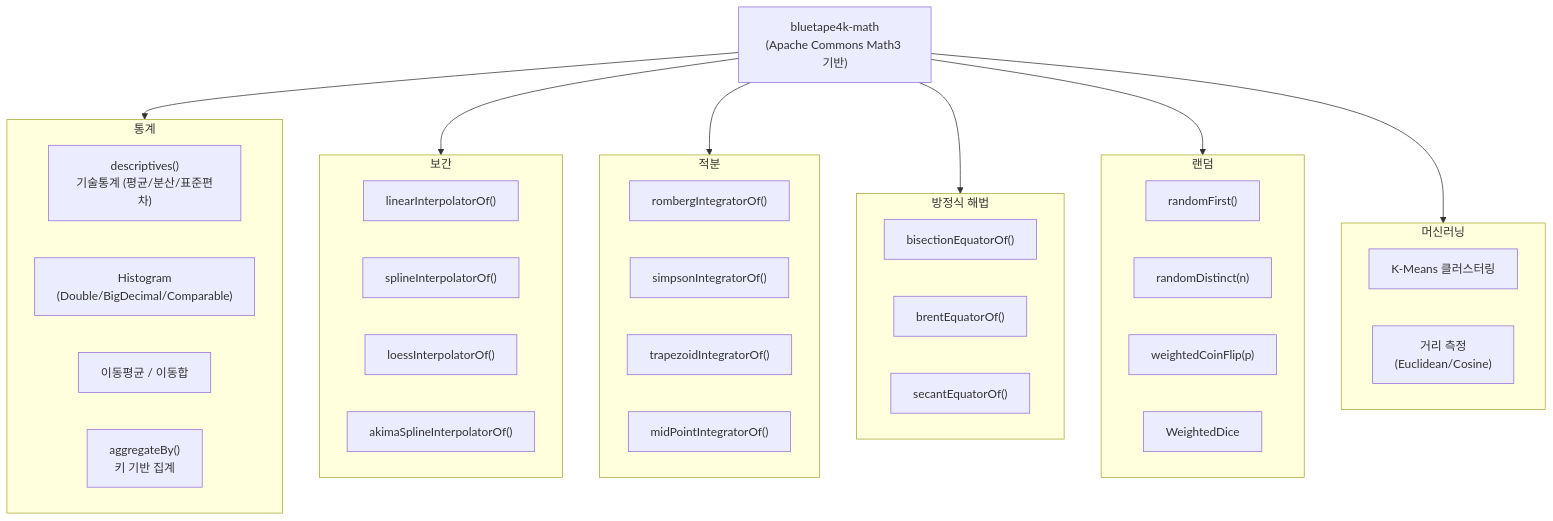
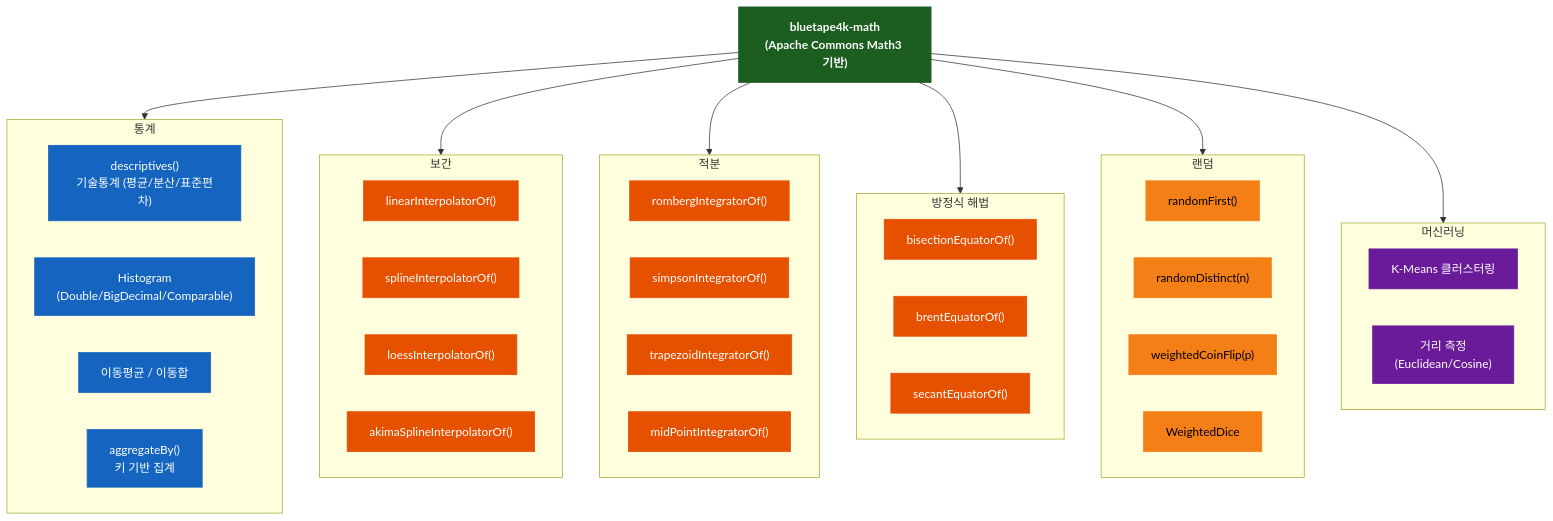
The first of 2 diagrams in utils/math/README.ko.md (bluetape4k/bluetape4k-projects), drawn with Mermaid before and after one commit. The commit also changed other lines of this file and 221 other files, not shown here.

First line of the commit message:
docs: 전체 모듈 README UML 다이어그램 보강 및 색상 업그레이드

````diff
--- a/utils/math/README.ko.md
+++ b/utils/math/README.ko.md
@@ -11,49 +11,64 @@
 ```mermaid
 flowchart TD
     subgraph 통계["통계"]
         DS["descriptives()<br/>기술통계 (평균/분산/표준편차)"]
         HG["Histogram<br/>(Double/BigDecimal/Comparable)"]
         MA["이동평균 / 이동합"]
         AG["aggregateBy()<br/>키 기반 집계"]
     end
 
     subgraph 보간["보간"]
         LIN["linearInterpolatorOf()"]
         SPL["splineInterpolatorOf()"]
         LOE["loessInterpolatorOf()"]
         AKI["akimaSplineInterpolatorOf()"]
     end
 
     subgraph 적분["적분"]
         ROM["rombergIntegratorOf()"]
         SIM["simpsonIntegratorOf()"]
         TRP["trapezoidIntegratorOf()"]
         MID["midPointIntegratorOf()"]
     end
 
     subgraph 방정식["방정식 해법"]
         BIS["bisectionEquatorOf()"]
         BRN["brentEquatorOf()"]
         SEC["secantEquatorOf()"]
     end
 
     subgraph 랜덤["랜덤"]
         RF["randomFirst()"]
         RD["randomDistinct(n)"]
         WC["weightedCoinFlip(p)"]
         WD["WeightedDice"]
     end
 
     subgraph ML["머신러닝"]
         KM["K-Means 클러스터링"]
         DM["거리 측정<br/>(Euclidean/Cosine)"]
     end
 
     MATH["bluetape4k-math<br/>(Apache Commons Math3 기반)"]
     MATH --> 통계
     MATH --> 보간
     MATH --> 적분
     MATH --> 방정식
     MATH --> 랜덤
     MATH --> ML
+
+    classDef coreStyle fill:#1B5E20,stroke:#1B5E20,color:#FFFFFF,font-weight:bold
+    classDef serviceStyle fill:#1565C0,stroke:#1565C0,color:#FFFFFF
+    classDef utilStyle fill:#E65100,stroke:#E65100,color:#FFFFFF
+    classDef asyncStyle fill:#6A1B9A,stroke:#6A1B9A,color:#FFFFFF
+    classDef extStyle fill:#37474F,stroke:#37474F,color:#FFFFFF
+    classDef dataStyle fill:#F57F17,stroke:#F57F17,color:#000000
+
+    class MATH coreStyle
+    class DS,HG,MA,AG serviceStyle
+    class LIN,SPL,LOE,AKI utilStyle
+    class ROM,SIM,TRP,MID utilStyle
+    class BIS,BRN,SEC utilStyle
+    class RF,RD,WC,WD dataStyle
+    class KM,DM asyncStyle
 ```
````
